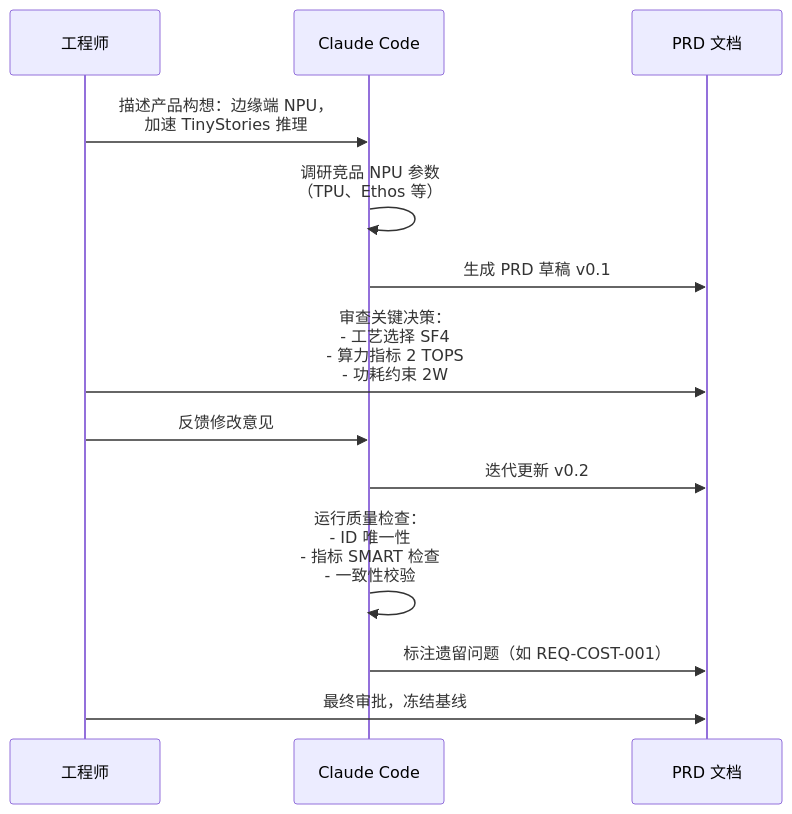
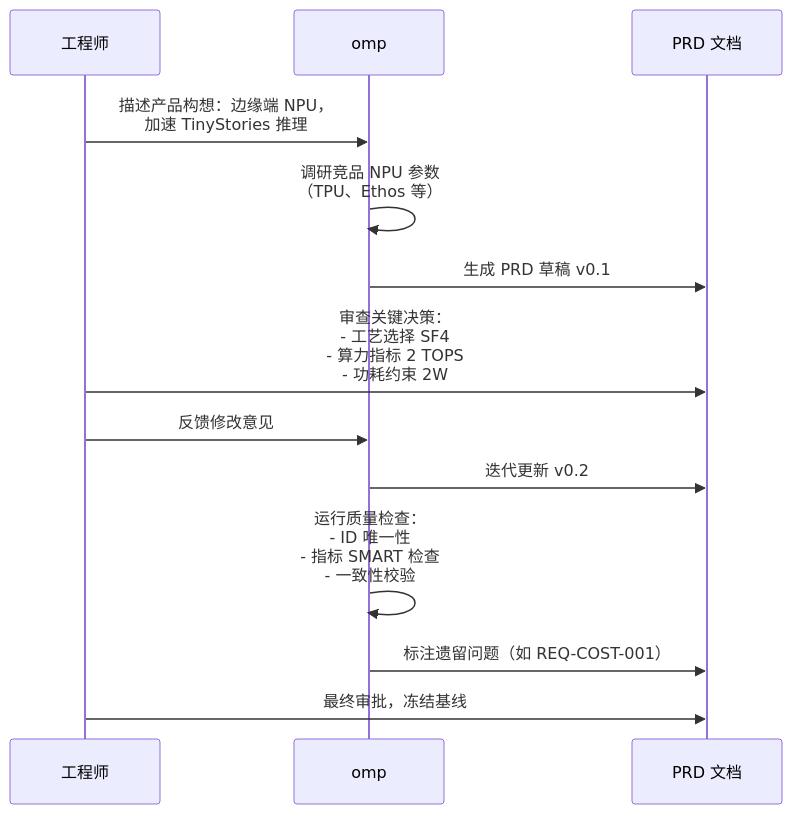
The diagram in tutorial/05-prd.md (amoslee2026/Babel), drawn with Mermaid before and after one commit. The commit also changed other lines of this file and 32 other files, not shown here.

First line of the commit message:
chore: finish omp adaptation (agent dialect, hooks, project MCP, docs)

````diff
--- a/tutorial/05-prd.md
+++ b/tutorial/05-prd.md
@@ -110,16 +110,16 @@
 ```mermaid
 sequenceDiagram
     participant Human as 工程师
-    participant Agent as Claude Code
+    participant Agent as omp
     participant PRD as PRD 文档
 
     Human->>Agent: 描述产品构想：边缘端 NPU，<br/>加速 TinyStories 推理
     Agent->>Agent: 调研竞品 NPU 参数<br/>（TPU、Ethos 等）
     Agent->>PRD: 生成 PRD 草稿 v0.1
     Human->>PRD: 审查关键决策：<br/>- 工艺选择 SF4<br/>- 算力指标 2 TOPS<br/>- 功耗约束 2W
     Human->>Agent: 反馈修改意见
     Agent->>PRD: 迭代更新 v0.2
     Agent->>Agent: 运行质量检查：<br/>- ID 唯一性<br/>- 指标 SMART 检查<br/>- 一致性校验
     Agent->>PRD: 标注遗留问题（如 REQ-COST-001）
     Human->>PRD: 最终审批，冻结基线
 ```
````
